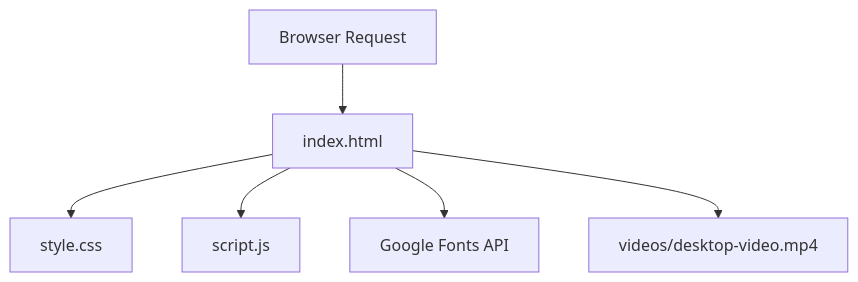
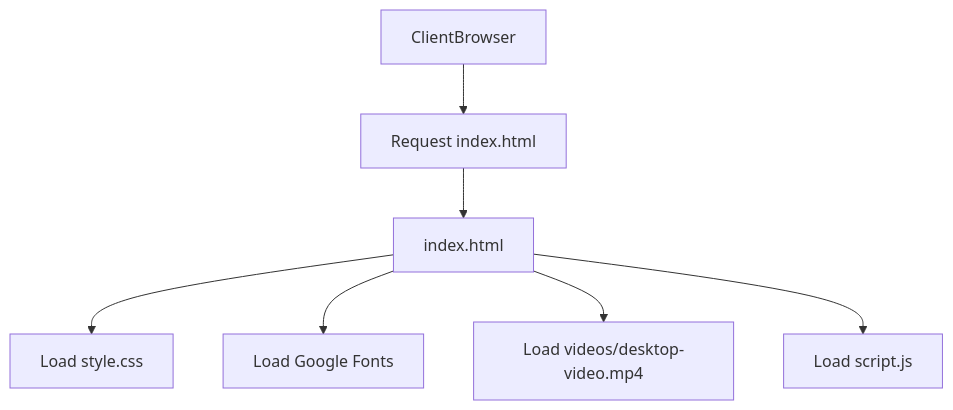
The diagram in docs/index.html.md (test-company-prowiz/Note-Summerizer), drawn with Mermaid before and after one commit. The commit also changed other lines of this file and 2 other files, not shown here.

````diff
--- a/docs/index.html.md
+++ b/docs/index.html.md
@@ -51,8 +46,9 @@
 ```mermaid
 graph TD
-BrowserRequest[Browser Request] --> IndexHTML[index.html]
-IndexHTML --> StyleCSS[style.css]
-IndexHTML --> ScriptJS[script.js]
-IndexHTML --> GoogleFonts[Google Fonts API]
-IndexHTML --> DesktopVideo[videos/desktop-video.mp4]
+ClientBrowser[ClientBrowser] --> RequestIndexHTML[Request index.html]
+RequestIndexHTML --> IndexHTML[index.html]
+IndexHTML --> LoadStyleCSS[Load style.css]
+IndexHTML --> LoadGoogleFonts[Load Google Fonts]
+IndexHTML --> LoadDesktopVideo[Load videos/desktop-video.mp4]
+IndexHTML --> LoadScriptJS[Load script.js]
 ```
````
